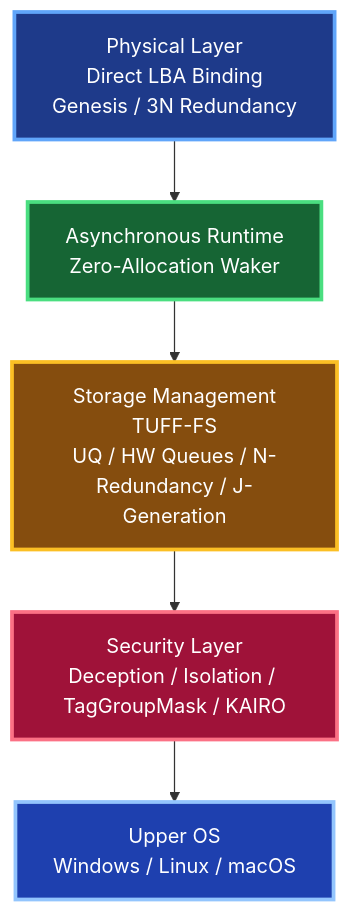
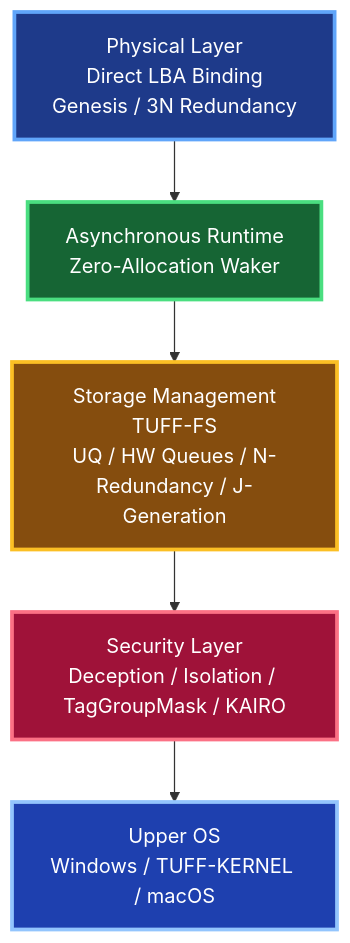
Before and after one commit to elementary-particles-Man/TUFF-OS-ISO: the first of 5 diagrams in archive/v1.0.0/docs/TUFF-OS_Detailed_Technical_Manual.md, drawn with Mermaid. The commit also changed other lines of this file and 41 other files, not shown here.

Commit message:
DOCS: Comprehensive overhaul of manuals to reflect Pure Rust Bare-metal Sovereign Core and ZRAM architecture.

````diff
--- a/archive/v1.0.0/docs/TUFF-OS_Detailed_Technical_Manual.md
+++ b/archive/v1.0.0/docs/TUFF-OS_Detailed_Technical_Manual.md
@@ -11,20 +11,20 @@
 ```mermaid
 flowchart TD
     A[Physical Layer\nDirect LBA Binding\nGenesis / 3N Redundancy] 
     --> B[Asynchronous Runtime\nZero-Allocation Waker]
     B --> C[Storage Management\nTUFF-FS\nUQ / HW Queues / N-Redundancy / J-Generation]
     C --> D[Security Layer\nDeception / Isolation / TagGroupMask / KAIRO]
-    D --> E[Upper OS\nWindows / Linux / macOS]
+    D --> E[Upper OS\nWindows / TUFF-KERNEL / macOS]
 
     classDef phys fill:#1e3a8a,color:#fff,stroke:#60a5fa,stroke-width:3px
     classDef runtime fill:#166534,color:#fff,stroke:#4ade80,stroke-width:3px
     classDef fs fill:#854d0e,color:#fff,stroke:#fbbf24,stroke-width:3px
     classDef sec fill:#9f1239,color:#fff,stroke:#fb7185,stroke-width:3px
     classDef upper fill:#1e40af,color:#fff,stroke:#93c5fd,stroke-width:3px
 
     class A phys
     class B runtime
     class C fs
     class D sec
     class E upper
 ```
````
